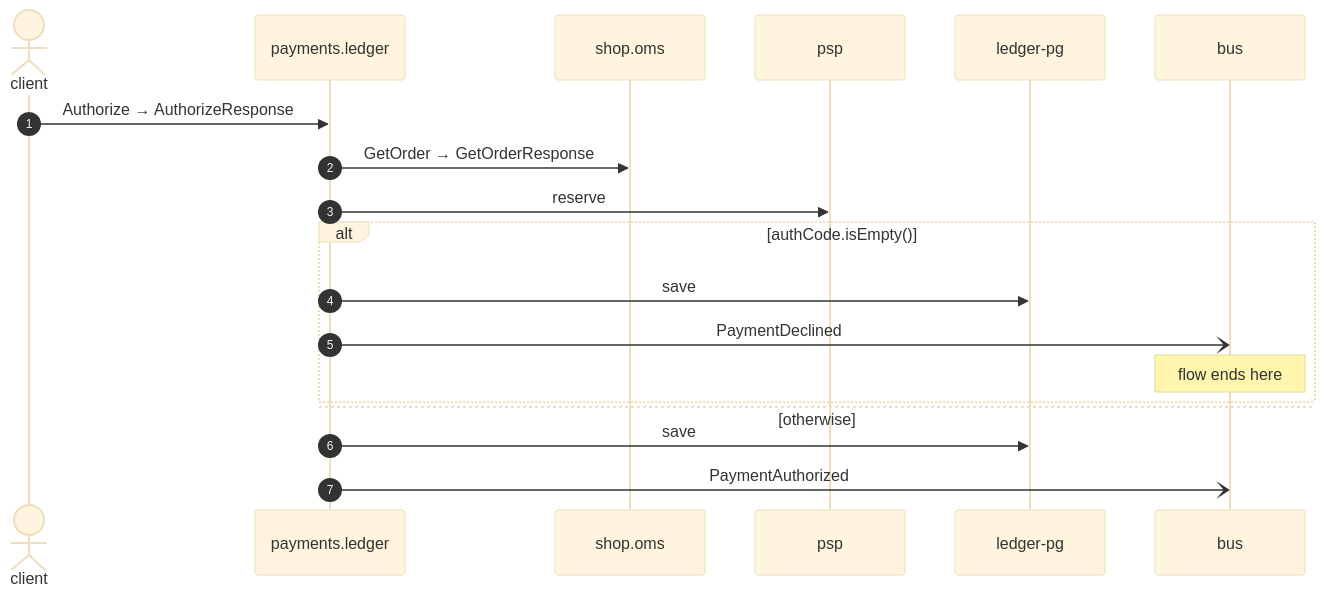
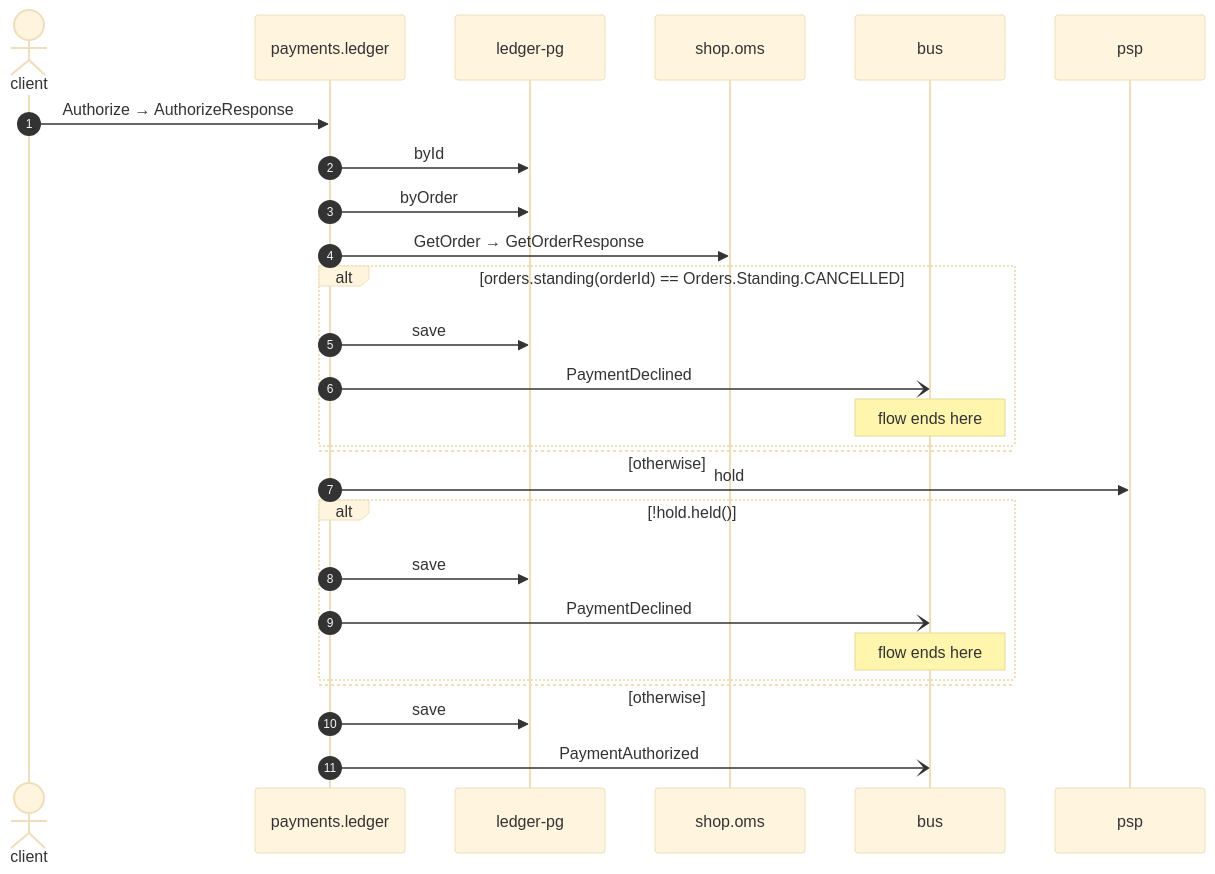
One commit to shortlink-org/portolan changed the diagram in docs/flows/ledger-authorize.md. Above: the diagram before and after it, drawn with Mermaid (base theme). The commit also changed other lines of this file and 93 other files, not shown here.

First line of the commit message:
Ledger: the gateway's silence records nothing, the order's cancellation reaches the policy, and the money moves only the way the table allows

````diff
--- a/docs/flows/ledger-authorize.md
+++ b/docs/flows/ledger-authorize.md
@@ -24,21 +24,29 @@
 ```mermaid
 sequenceDiagram
     autonumber
     actor p0 as client
     participant p1 as payments.ledger
-    participant p2 as shop.oms
-    participant p3 as psp
-    participant p4 as ledger-pg
-    participant p5 as bus
+    participant p2 as ledger-pg
+    participant p3 as shop.oms
+    participant p4 as bus
+    participant p5 as psp
     p0->>p1: Authorize → AuthorizeResponse
-    p1->>p2: GetOrder → GetOrderResponse
-    p1->>p3: reserve
-    alt authCode.isEmpty()
-        p1->>p4: save
-        p1-)p5: PaymentDeclined
-        Note over p5: flow ends here
+    p1->>p2: byId
+    p1->>p2: byOrder
+    p1->>p3: GetOrder → GetOrderResponse
+    alt orders.standing(orderId) == Orders.Standing.CANCELLED
+        p1->>p2: save
+        p1-)p4: PaymentDeclined
+        Note over p4: flow ends here
     else otherwise
     end
-    p1->>p4: save
-    p1-)p5: PaymentAuthorized
+    p1->>p5: hold
+    alt !hold.held()
+        p1->>p2: save
+        p1-)p4: PaymentDeclined
+        Note over p4: flow ends here
+    else otherwise
+    end
+    p1->>p2: save
+    p1-)p4: PaymentAuthorized
 ```
````
